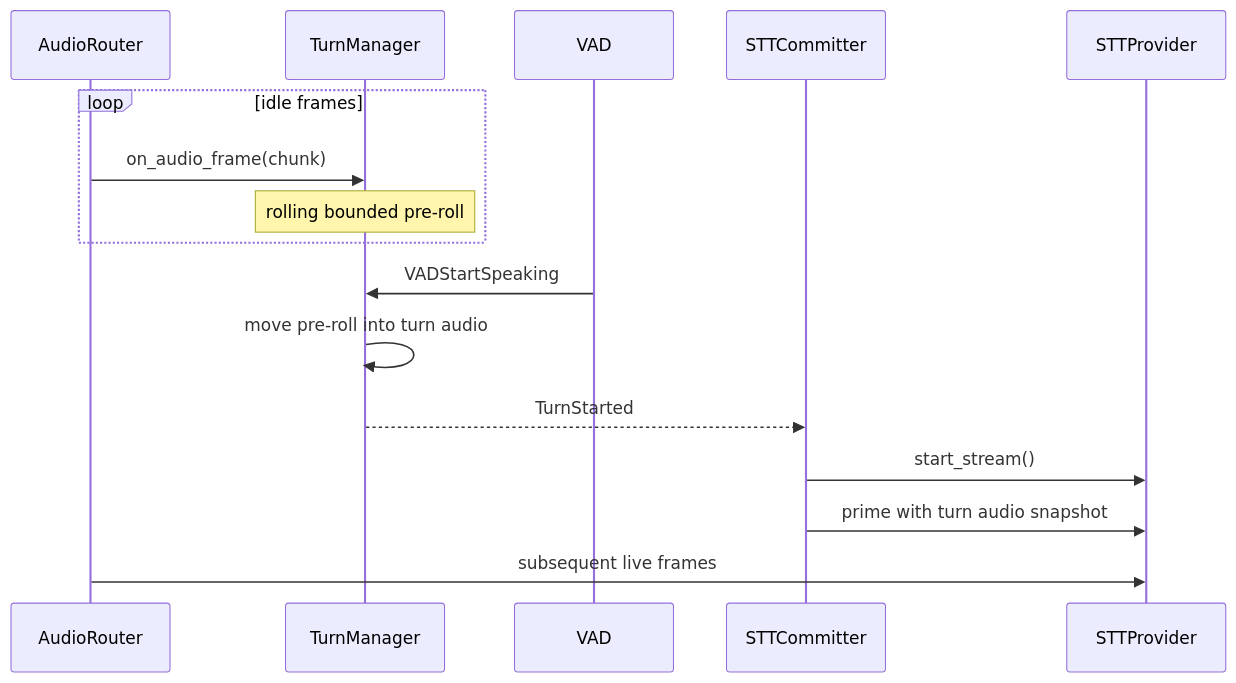
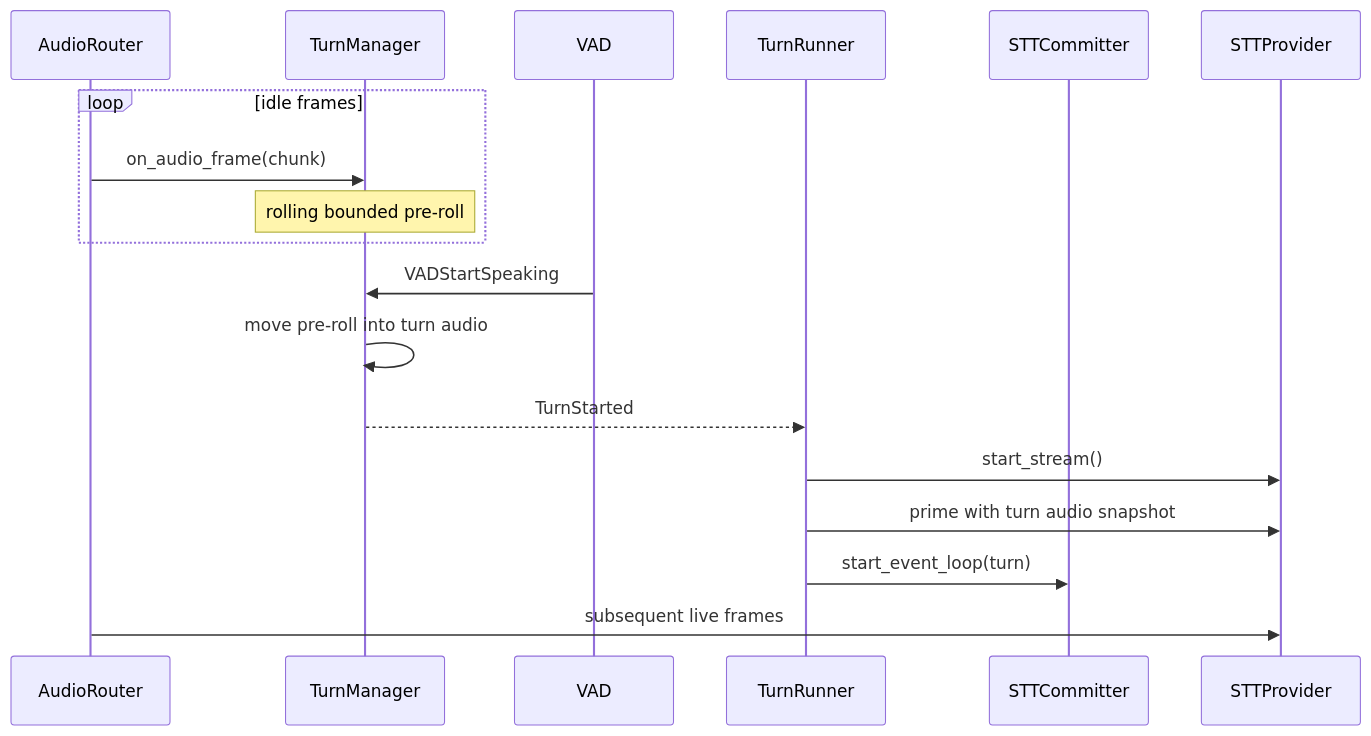
One commit to yisding/easycat changed the fifth of 8 diagrams in docs/development/03-audio-and-turns.md. Above: the diagram before and after it, drawn with Mermaid. The commit also changed other lines of this file and 11 other files, not shown here.

````diff
--- a/docs/development/03-audio-and-turns.md
+++ b/docs/development/03-audio-and-turns.md
@@ -159,19 +164,21 @@
 ```mermaid
 sequenceDiagram
     participant R as AudioRouter
     participant TM as TurnManager
     participant V as VAD
+    participant TR as TurnRunner
     participant C as STTCommitter
     participant P as STTProvider
 
     loop idle frames
         R->>TM: on_audio_frame(chunk)
         Note over TM: rolling bounded pre-roll
     end
     V->>TM: VADStartSpeaking
     TM->>TM: move pre-roll into turn audio
-    TM-->>C: TurnStarted
-    C->>P: start_stream()
-    C->>P: prime with turn audio snapshot
+    TM-->>TR: TurnStarted
+    TR->>P: start_stream()
+    TR->>P: prime with turn audio snapshot
+    TR->>C: start_event_loop(turn)
     R->>P: subsequent live frames
 ```
````
